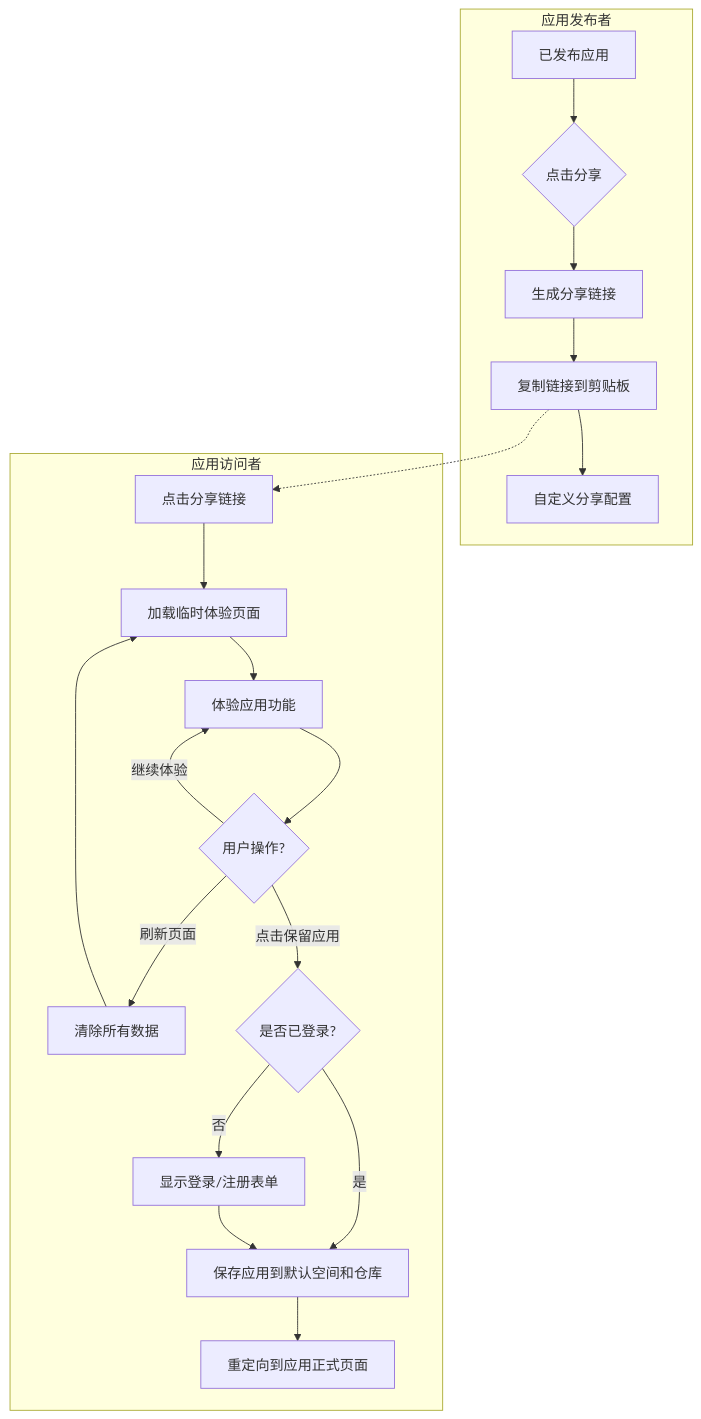
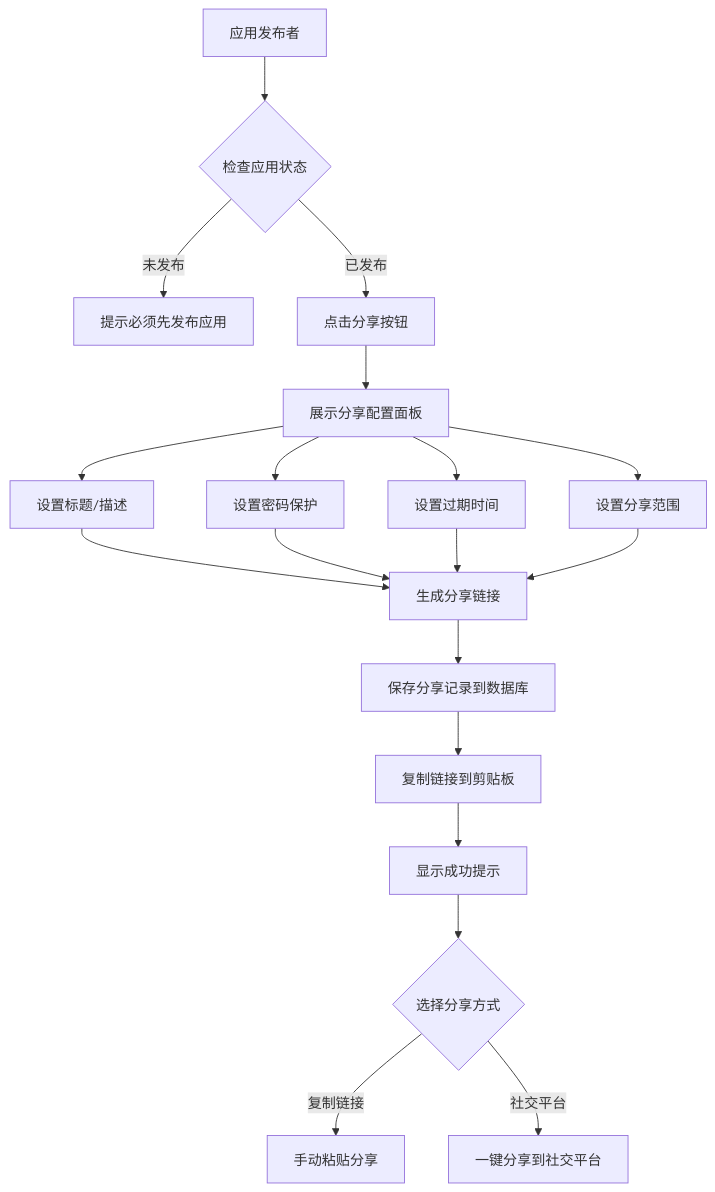
One commit to yingjianzh/iodraw-files changed the diagram in all/未命名-64.md. Above: the diagram before and after it, drawn with Mermaid.

Commit message:
2025-05-21 18:07:36 update

````diff
--- a/all/未命名-64.md
+++ b/all/未命名-64.md
@@ -1,27 +1,24 @@
 ```mermaid
 flowchart TD
-    subgraph "应用发布者"
-        A1[已发布应用] --> A2{点击分享}
-        A2 --> A3[生成分享链接]
-        A3 --> A4[复制链接到剪贴板]
-        A4 --> A5[自定义分享配置]
-    end
-
-    subgraph "应用访问者"
-        B1[点击分享链接] --> B2[加载临时体验页面]
-        B2 --> B3[体验应用功能]
-        B3 --> B4{用户操作?}
-        
-        B4 -->|继续体验| B3
-        B4 -->|刷新页面| B5[清除所有数据]
-        B5 --> B2
-        
-        B4 -->|点击保留应用| B6{是否已登录?}
-        B6 -->|是| B8[保存应用到默认空间和仓库]
-        B6 -->|否| B7[显示登录/注册表单]
-        B7 --> B8
-        B8 --> B9[重定向到应用正式页面]
-    end
-
-    A4 -.-> B1
+    A[应用发布者] --> B{检查应用状态}
+    B -->|未发布| C[提示必须先发布应用]
+    B -->|已发布| D[点击分享按钮]
+    D --> E[展示分享配置面板]
+    
+    E --> F[设置标题/描述]
+    E --> G[设置密码保护]
+    E --> H[设置过期时间]
+    E --> I[设置分享范围]
+    
+    F & G & H & I --> J[生成分享链接]
+    J --> K[保存分享记录到数据库]
+    K --> L[复制链接到剪贴板]
+    L --> M[显示成功提示]
+    
+    M --> N{选择分享方式}
+    N -->|复制链接| O[手动粘贴分享]
+    N -->|社交平台| P[一键分享到社交平台]
+    
+    style B decision
+    style N decision
 ```
````
